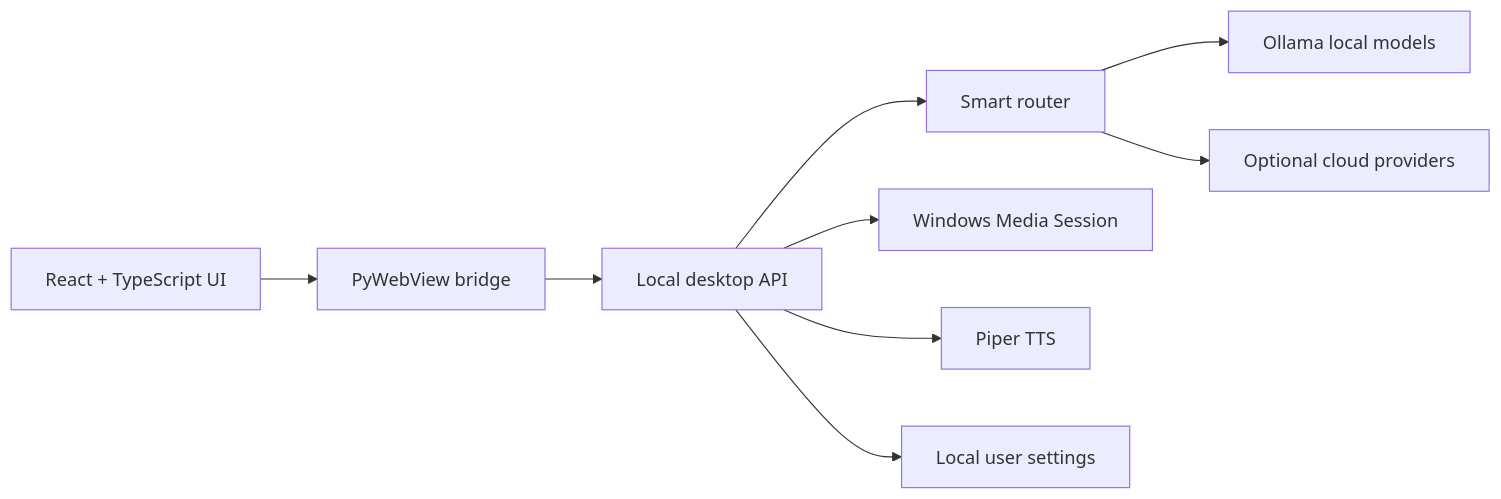
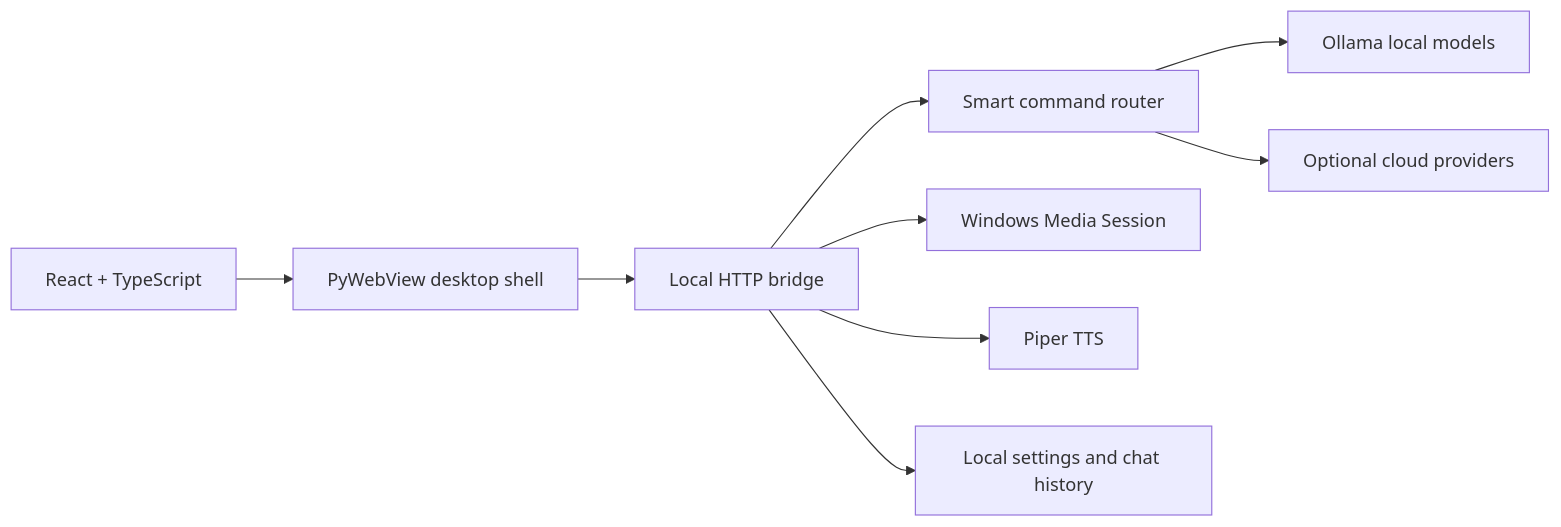
Before and after one commit to sangeethsanthosh-git/AURA: the first of 3 diagrams in README.md, drawn with Mermaid. The commit also changed other lines of this file, not shown here.

````diff
--- a/README.md
+++ b/README.md
@@ -21,11 +34,11 @@
 ```mermaid
 flowchart LR
-  UI[React + TypeScript UI] --> Bridge[PyWebView bridge]
-  Bridge --> API[Local desktop API]
-  API --> Router[Smart router]
+  UI[React + TypeScript] --> Shell[PyWebView desktop shell]
+  Shell --> Bridge[Local HTTP bridge]
+  Bridge --> Router[Smart command router]
   Router --> Ollama[Ollama local models]
   Router --> Cloud[Optional cloud providers]
-  API --> Media[Windows Media Session]
-  API --> Voice[Piper TTS]
-  API --> Data[Local user settings]
+  Bridge --> Media[Windows Media Session]
+  Bridge --> Voice[Piper TTS]
+  Bridge --> Store[Local settings and chat history]
 ```
````
